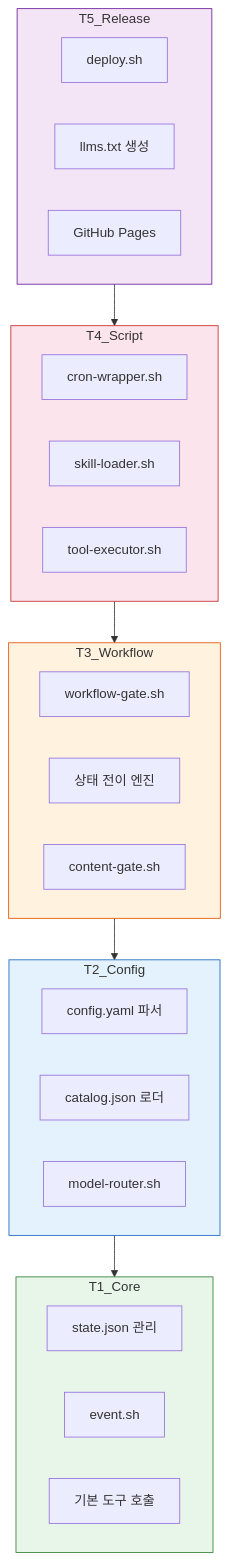
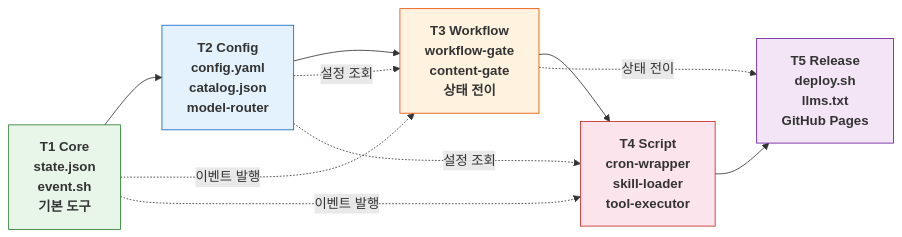
Before and after one commit to pheanor-agent/p-hermes: the second of 3 diagrams in docs/blog/posts/architecture-layered.md, drawn with Mermaid. The commit also changed other lines of this file and 5 other files, not shown here.

````diff
--- a/docs/blog/posts/architecture-layered.md
+++ b/docs/blog/posts/architecture-layered.md
@@ -219,43 +219,19 @@
 ```mermaid
-graph TD
-    subgraph T5_Release
-        R1[deploy.sh]
-        R2[llms.txt 생성]
-        R3[GitHub Pages]
-    end
-
-    subgraph T4_Script
-        S1[cron-wrapper.sh]
-        S2[skill-loader.sh]
-        S3[tool-executor.sh]
-    end
-
-    subgraph T3_Workflow
-        W1[workflow-gate.sh]
-        W2[상태 전이 엔진]
-        W3[content-gate.sh]
-    end
-
-    subgraph T2_Config
-        C1[config.yaml 파서]
-        C2[catalog.json 로더]
-        C3[model-router.sh]
-    end
-
-    subgraph T1_Core
-        K1[state.json 관리]
-        K2[event.sh]
-        K3[기본 도구 호출]
-    end
-
-    T2_Config --> T1_Core
-    T3_Workflow --> T2_Config
-    T4_Script --> T3_Workflow
-    T5_Release --> T4_Script
+graph LR
+    T1_Core[<b>T1 Core</><br/>state.json<br/>event.sh<br/>기본 도구] --> T2_Config[<b>T2 Config</><br/>config.yaml<br/>catalog.json<br/>model-router]
+    T2_Config --> T3_Workflow[<b>T3 Workflow</><br/>workflow-gate<br/>content-gate<br/>상태 전이]
+    T3_Workflow --> T4_Script[<b>T4 Script</><br/>cron-wrapper<br/>skill-loader<br/>tool-executor]
+    T4_Script --> T5_Release[<b>T5 Release</><br/>deploy.sh<br/>llms.txt<br/>GitHub Pages]
+    
+    T1_Core -.->|이벤트 발행| T3_Workflow
+    T1_Core -.->|이벤트 발행| T4_Script
+    T2_Config -.->|설정 조회| T3_Workflow
+    T2_Config -.->|설정 조회| T4_Script
+    T3_Workflow -.->|상태 전이| T5_Release
 
     style T1_Core fill:#e8f5e9,stroke:#2e7d32
     style T2_Config fill:#e3f2fd,stroke:#1565c0
     style T3_Workflow fill:#fff3e0,stroke:#e65100
     style T4_Script fill:#fce4ec,stroke:#c62828
     style T5_Release fill:#f3e5f5,stroke:#6a1b9a
 ```
````
